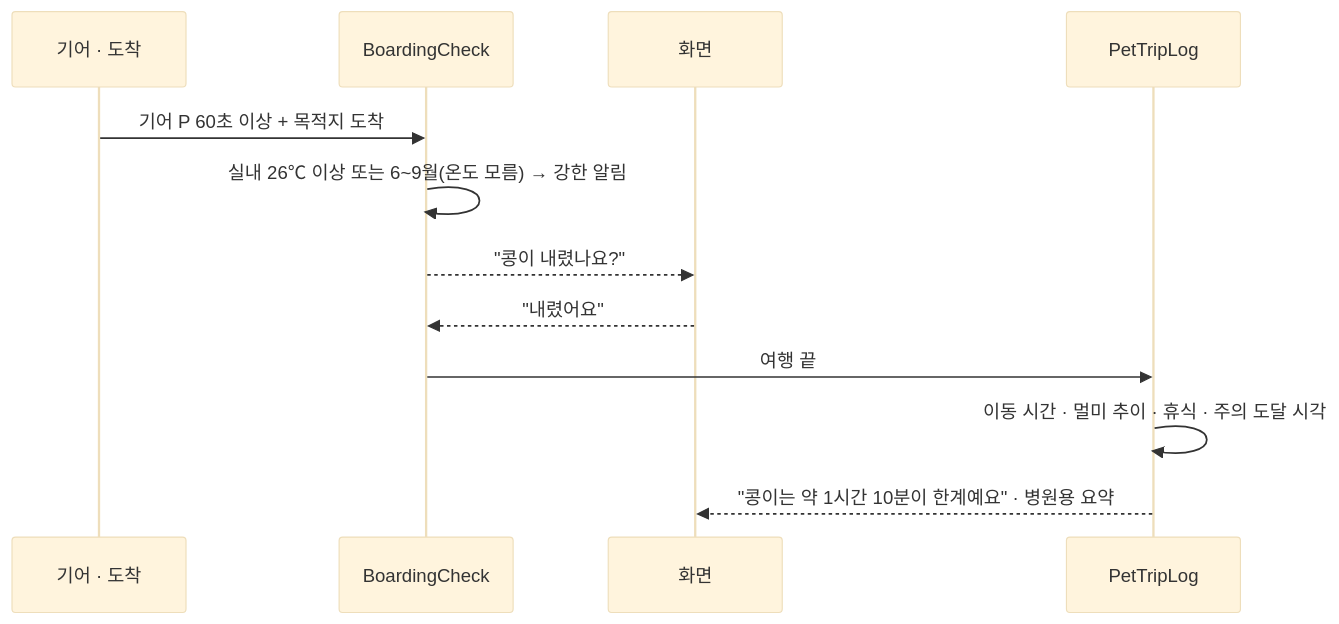
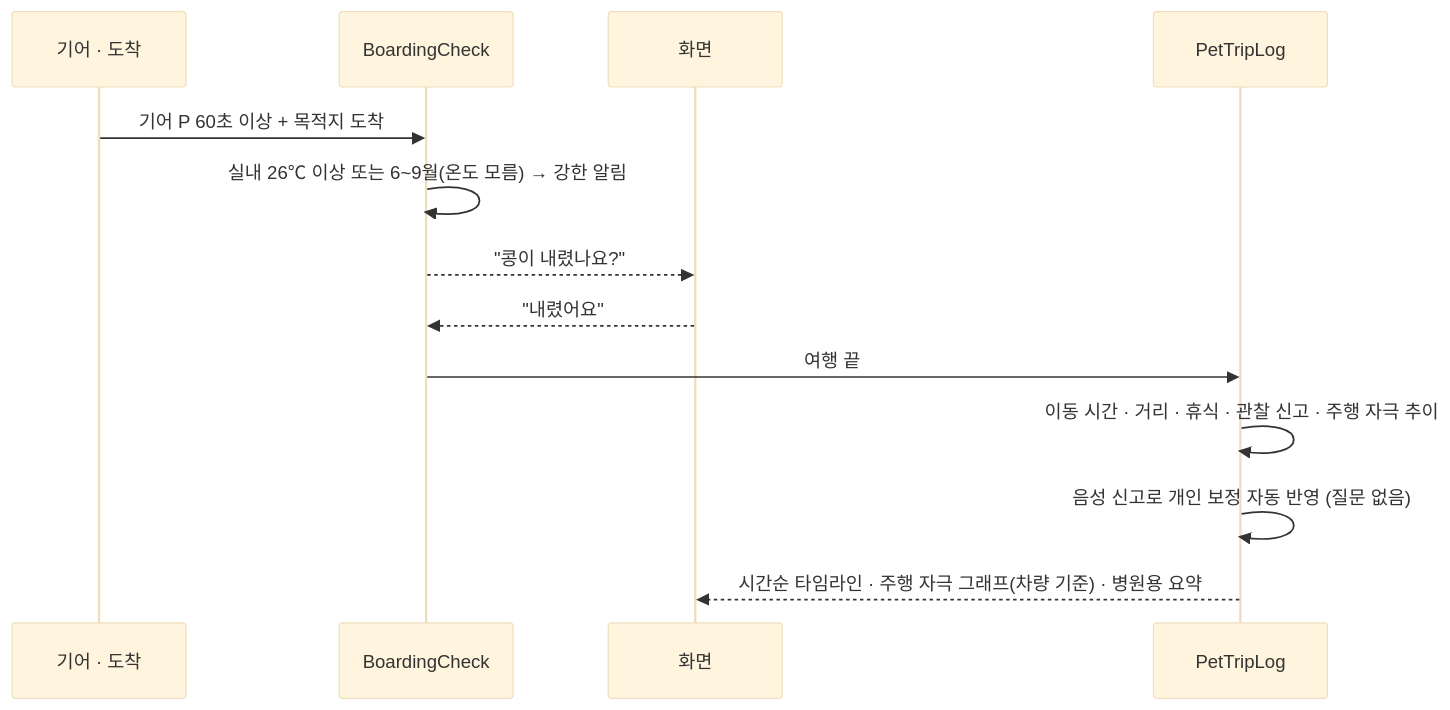
One commit to xuxtaku7610-del/every-moment-of-pause changed the fifth of 7 diagrams in flowchart.md. Above: the diagram before and after it, drawn with Mermaid (base theme). The commit also changed other lines of this file and 78 other files, not shown here.

````diff
--- a/flowchart.md
+++ b/flowchart.md
@@ -112,15 +118,16 @@
 ```mermaid
 sequenceDiagram
     participant SIG as 기어 · 도착
     participant BC as BoardingCheck
     participant UI as 화면
     participant LOG as PetTripLog
 
     SIG->>BC: 기어 P 60초 이상 + 목적지 도착
     BC->>BC: 실내 26℃ 이상 또는 6~9월(온도 모름) → 강한 알림
     BC-->>UI: "콩이 내렸나요?"
     UI-->>BC: "내렸어요"
     BC->>LOG: 여행 끝
-    LOG->>LOG: 이동 시간 · 멀미 추이 · 휴식 · 주의 도달 시각
-    LOG-->>UI: "콩이는 약 1시간 10분이 한계예요" · 병원용 요약
+    LOG->>LOG: 이동 시간 · 거리 · 휴식 · 관찰 신고 · 주행 자극 추이
+    LOG->>LOG: 음성 신고로 개인 보정 자동 반영 (질문 없음)
+    LOG-->>UI: 시간순 타임라인 · 주행 자극 그래프(차량 기준) · 병원용 요약
 ```
````
